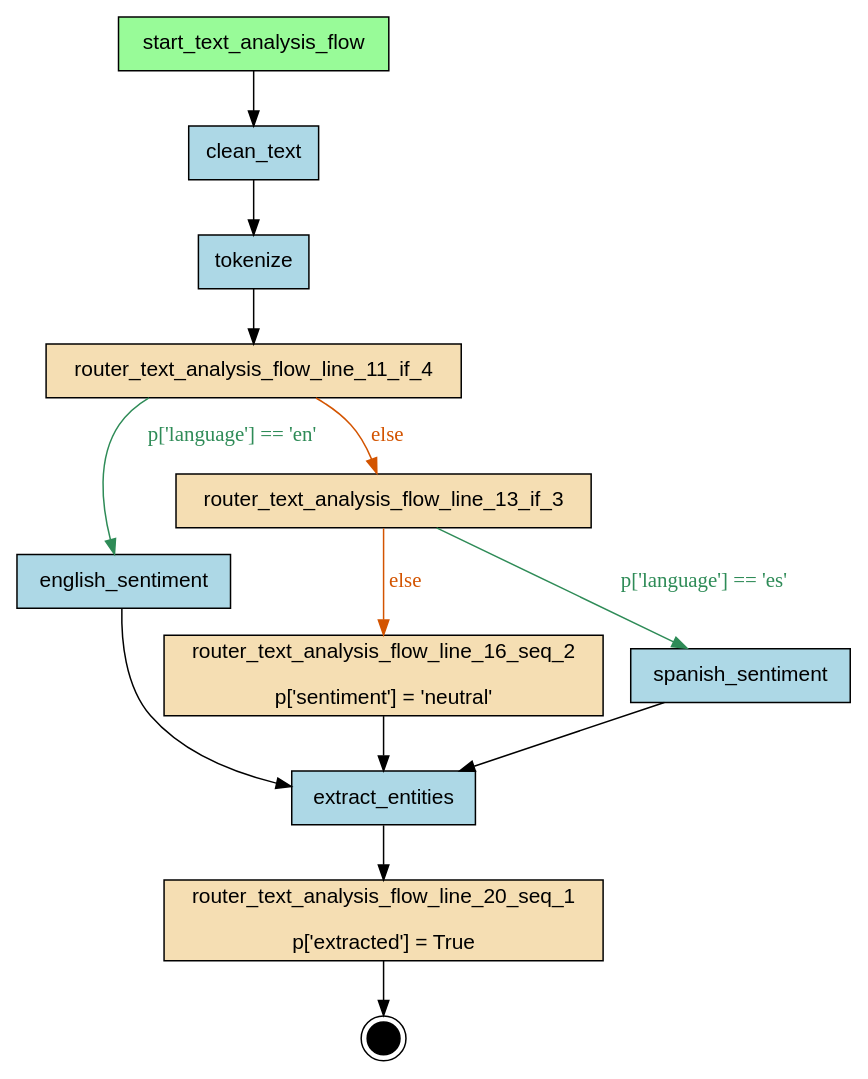
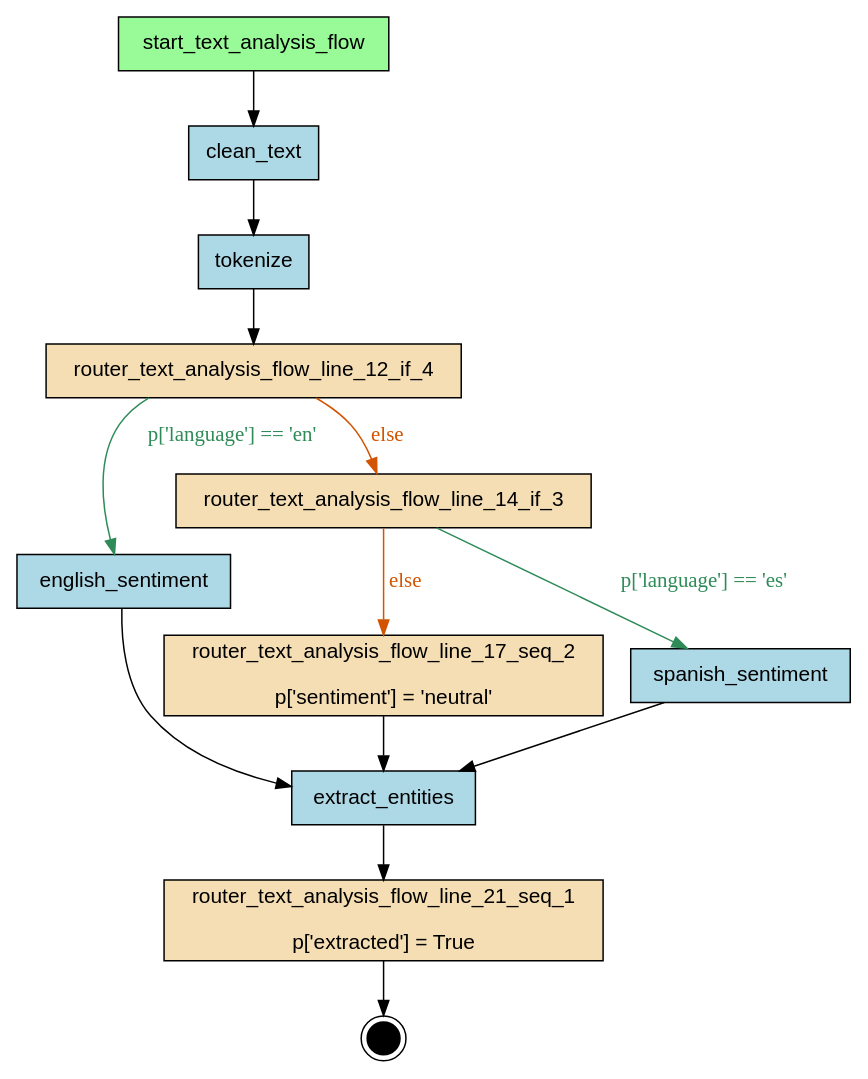
The diagram in examples/flows/compiled/text_analysis_flow/flow.dot (deliveryhero/asya), drawn with Graphviz before and after one commit. The commit also changed 18 other files, not shown here.

```diff
--- a/examples/flows/compiled/text_analysis_flow/flow.dot
+++ b/examples/flows/compiled/text_analysis_flow/flow.dot
@@ -1,32 +1,32 @@
 digraph "text_analysis_flow" {
     rankdir=TB;
     node [shape=box, style=filled, fontname="Helvetica"];
 
     { rank=source; start_text_analysis_flow; }
 
     clean_text [label="clean_text", fillcolor=lightblue];
     english_sentiment [label="english_sentiment", fillcolor=lightblue];
     extract_entities [label="extract_entities", fillcolor=lightblue];
-    router_text_analysis_flow_line_11_if_4 [label="router_text_analysis_flow_line_11_if_4", fillcolor=wheat];
-    router_text_analysis_flow_line_13_if_3 [label="router_text_analysis_flow_line_13_if_3", fillcolor=wheat];
-    router_text_analysis_flow_line_16_seq_2 [label="router_text_analysis_flow_line_16_seq_2\n\np['sentiment'] = 'neutral'", fillcolor=wheat];
-    router_text_analysis_flow_line_20_seq_1 [label="router_text_analysis_flow_line_20_seq_1\n\np['extracted'] = True", fillcolor=wheat];
+    router_text_analysis_flow_line_12_if_4 [label="router_text_analysis_flow_line_12_if_4", fillcolor=wheat];
+    router_text_analysis_flow_line_14_if_3 [label="router_text_analysis_flow_line_14_if_3", fillcolor=wheat];
+    router_text_analysis_flow_line_17_seq_2 [label="router_text_analysis_flow_line_17_seq_2\n\np['sentiment'] = 'neutral'", fillcolor=wheat];
+    router_text_analysis_flow_line_21_seq_1 [label="router_text_analysis_flow_line_21_seq_1\n\np['extracted'] = True", fillcolor=wheat];
     spanish_sentiment [label="spanish_sentiment", fillcolor=lightblue];
     start_text_analysis_flow [label="start_text_analysis_flow", fillcolor=palegreen];
     tokenize [label="tokenize", fillcolor=lightblue];
 
     __end__ [label="", shape=doublecircle, fillcolor=black, width=0.3, fixedsize=true];
 
     start_text_analysis_flow -> clean_text;
     clean_text -> tokenize;
-    tokenize -> router_text_analysis_flow_line_11_if_4;
-    router_text_analysis_flow_line_13_if_3 -> spanish_sentiment [label="p['language'] == 'es'", color="#2E8B57", fontcolor="#2E8B57"];
-    router_text_analysis_flow_line_13_if_3 -> router_text_analysis_flow_line_16_seq_2 [label="else", color="#D35400", fontcolor="#D35400"];
-    router_text_analysis_flow_line_11_if_4 -> english_sentiment [label="p['language'] == 'en'", color="#2E8B57", fontcolor="#2E8B57"];
+    tokenize -> router_text_analysis_flow_line_12_if_4;
+    router_text_analysis_flow_line_14_if_3 -> spanish_sentiment [label="p['language'] == 'es'", color="#2E8B57", fontcolor="#2E8B57"];
+    router_text_analysis_flow_line_14_if_3 -> router_text_analysis_flow_line_17_seq_2 [label="else", color="#D35400", fontcolor="#D35400"];
+    router_text_analysis_flow_line_12_if_4 -> english_sentiment [label="p['language'] == 'en'", color="#2E8B57", fontcolor="#2E8B57"];
     english_sentiment -> extract_entities;
-    extract_entities -> router_text_analysis_flow_line_20_seq_1;
-    router_text_analysis_flow_line_11_if_4 -> router_text_analysis_flow_line_13_if_3 [label="else", color="#D35400", fontcolor="#D35400"];
+    extract_entities -> router_text_analysis_flow_line_21_seq_1;
+    router_text_analysis_flow_line_12_if_4 -> router_text_analysis_flow_line_14_if_3 [label="else", color="#D35400", fontcolor="#D35400"];
     spanish_sentiment -> extract_entities;
-    router_text_analysis_flow_line_16_seq_2 -> extract_entities;
-    router_text_analysis_flow_line_20_seq_1 -> __end__;
+    router_text_analysis_flow_line_17_seq_2 -> extract_entities;
+    router_text_analysis_flow_line_21_seq_1 -> __end__;
 }
```
